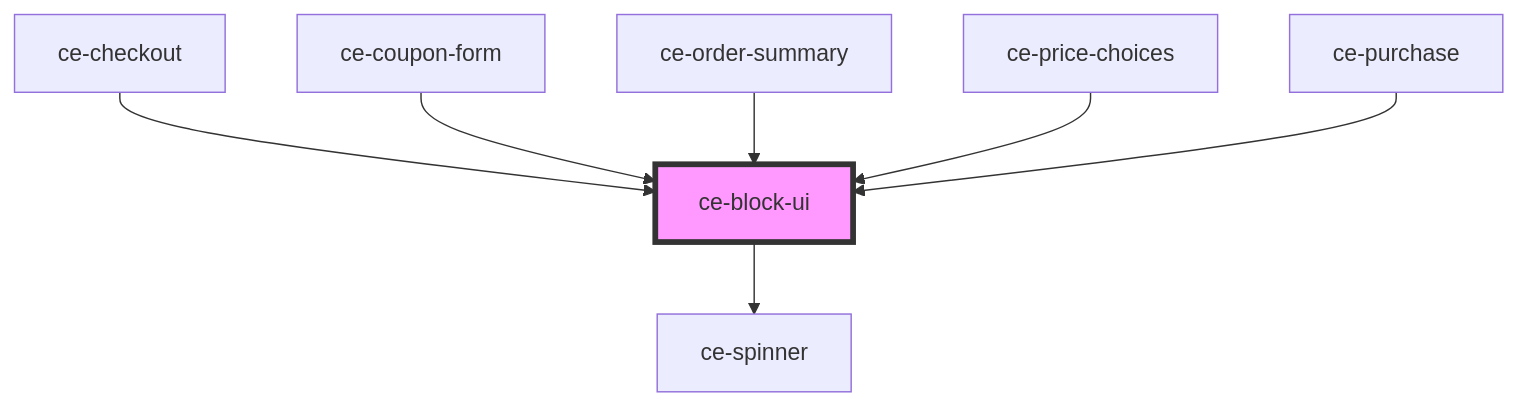
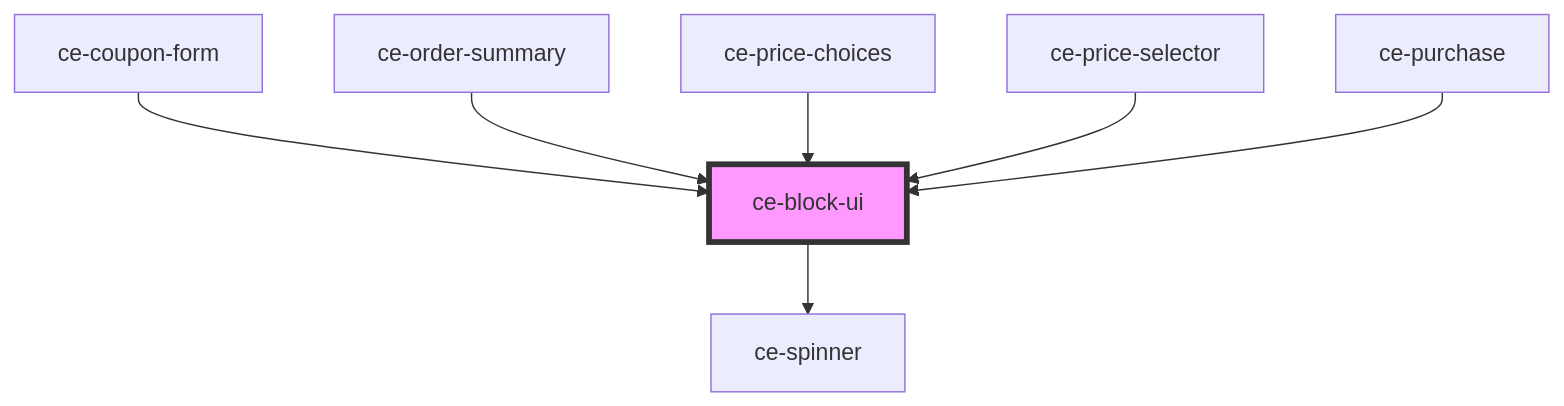
The diagram in packages/components/src/components/ui/block-ui/readme.md (surecart/surecart-wp-plugin), drawn with Mermaid before and after one commit. The commit also changed other lines of this file and 73 other files, not shown here.

````diff
--- a/packages/components/src/components/ui/block-ui/readme.md
+++ b/packages/components/src/components/ui/block-ui/readme.md
@@ -30,10 +31,10 @@
 ```mermaid
 graph TD;
   ce-block-ui --> ce-spinner
-  ce-checkout --> ce-block-ui
   ce-coupon-form --> ce-block-ui
   ce-order-summary --> ce-block-ui
   ce-price-choices --> ce-block-ui
+  ce-price-selector --> ce-block-ui
   ce-purchase --> ce-block-ui
   style ce-block-ui fill:#f9f,stroke:#333,stroke-width:4px
 ```
````
